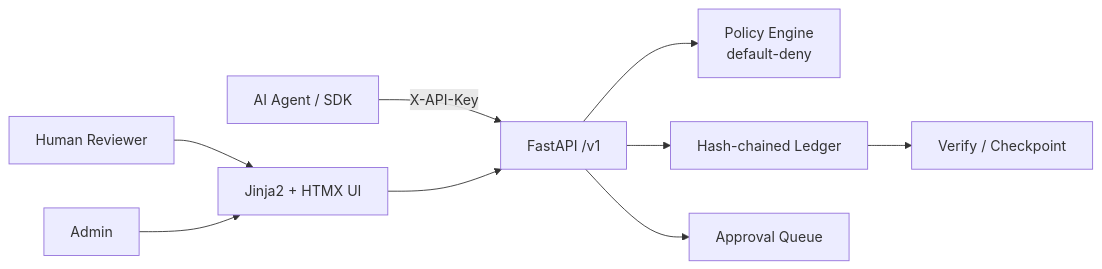
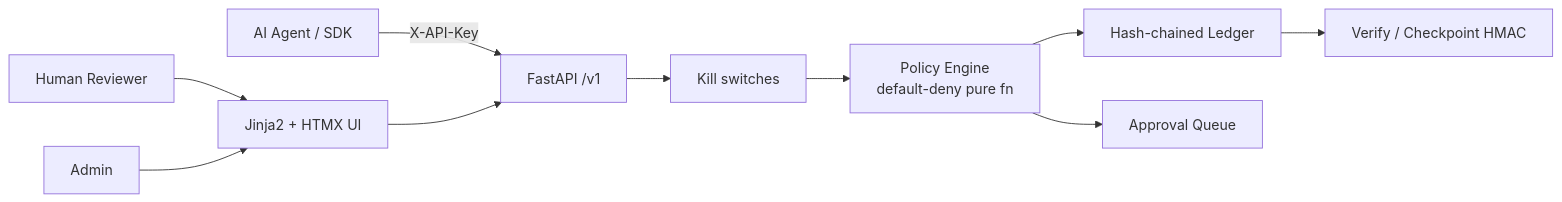
One commit to CodeMudit/AgentWarden changed the diagram in README.md. Above: the diagram before and after it, drawn with Mermaid. The commit also changed other lines of this file and 20 other files, not shown here.

````diff
--- a/README.md
+++ b/README.md
@@ -45,11 +54,12 @@
 ```mermaid
 flowchart LR
   Agent[AI Agent / SDK] -->|X-API-Key| API[FastAPI /v1]
-  API --> Policy[Policy Engine<br/>default-deny]
-  API --> Ledger[Hash-chained Ledger]
-  API --> Queue[Approval Queue]
+  API --> KS[Kill switches]
+  KS --> Policy[Policy Engine<br/>default-deny pure fn]
+  Policy --> Ledger[Hash-chained Ledger]
+  Policy --> Queue[Approval Queue]
   Reviewer[Human Reviewer] --> Web[Jinja2 + HTMX UI]
   Web --> API
   Admin[Admin] --> Web
-  Ledger --> Verify[Verify / Checkpoint]
+  Ledger --> Verify[Verify / Checkpoint HMAC]
 ```
````
